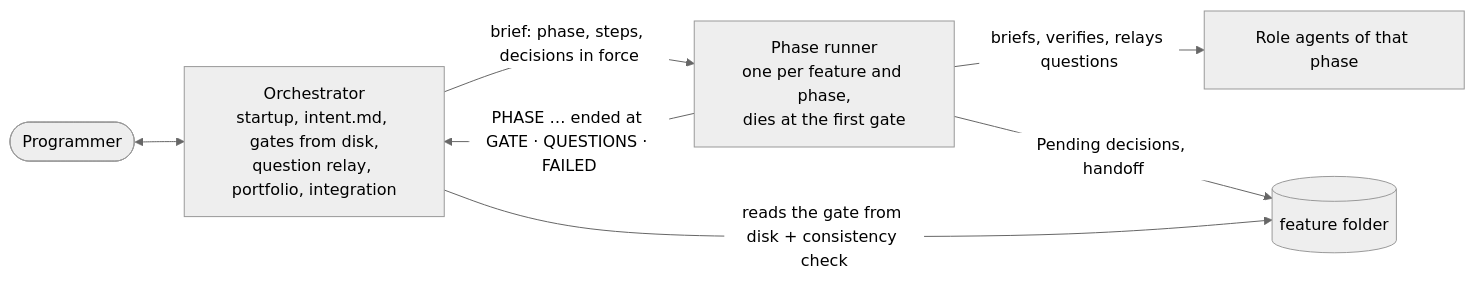
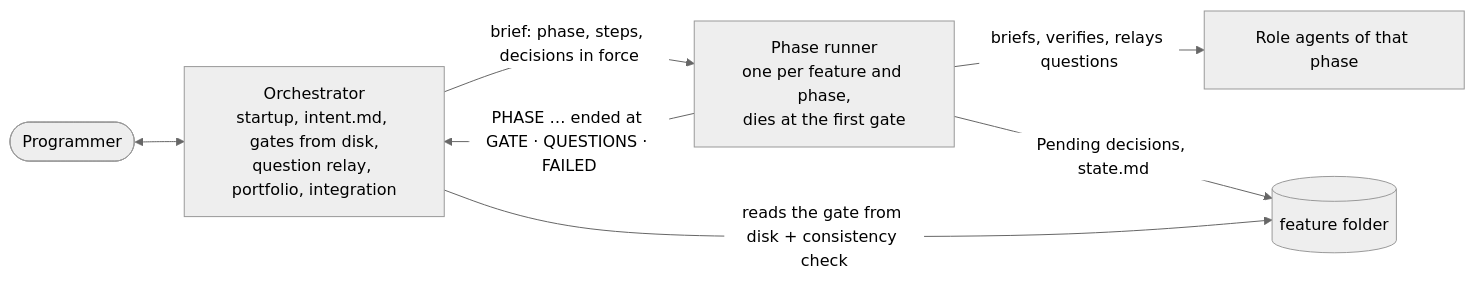
Diagram 12 of 12 in docs/architecture.md (mariopedemonte12/claude-feature-workflow), drawn with Mermaid (neutral theme) before and after one commit. The commit also changed other lines of this file and 2 other files, not shown here.

````diff
--- a/docs/architecture.md
+++ b/docs/architecture.md
@@ -395,9 +395,9 @@
 ```mermaid
 flowchart LR
     P(["Programmer"]) <--> O["Orchestrator<br/>startup, intent.md, gates from disk,<br/>question relay, portfolio, integration"]
     O -->|"brief: phase, steps, decisions in force"| PR["Phase runner<br/>one per feature and phase,<br/>dies at the first gate"]
     PR -->|"briefs, verifies, relays questions"| RO["Role agents of that phase"]
-    PR -->|"Pending decisions, handoff"| DK[("feature folder")]
+    PR -->|"Pending decisions, state.md"| DK[("feature folder")]
     PR -->|"PHASE … ended at GATE · QUESTIONS · FAILED"| O
     O -->|"reads the gate from disk + consistency check"| DK
 ```
````
